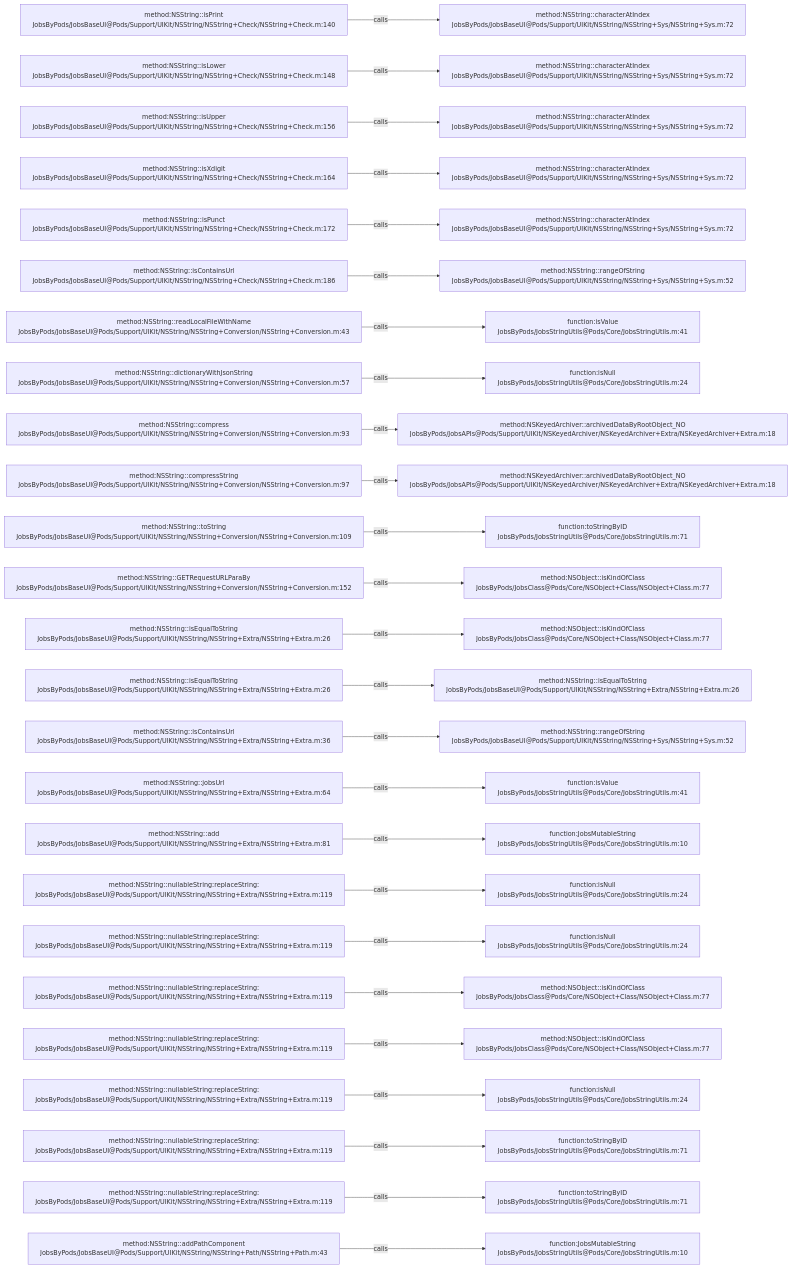
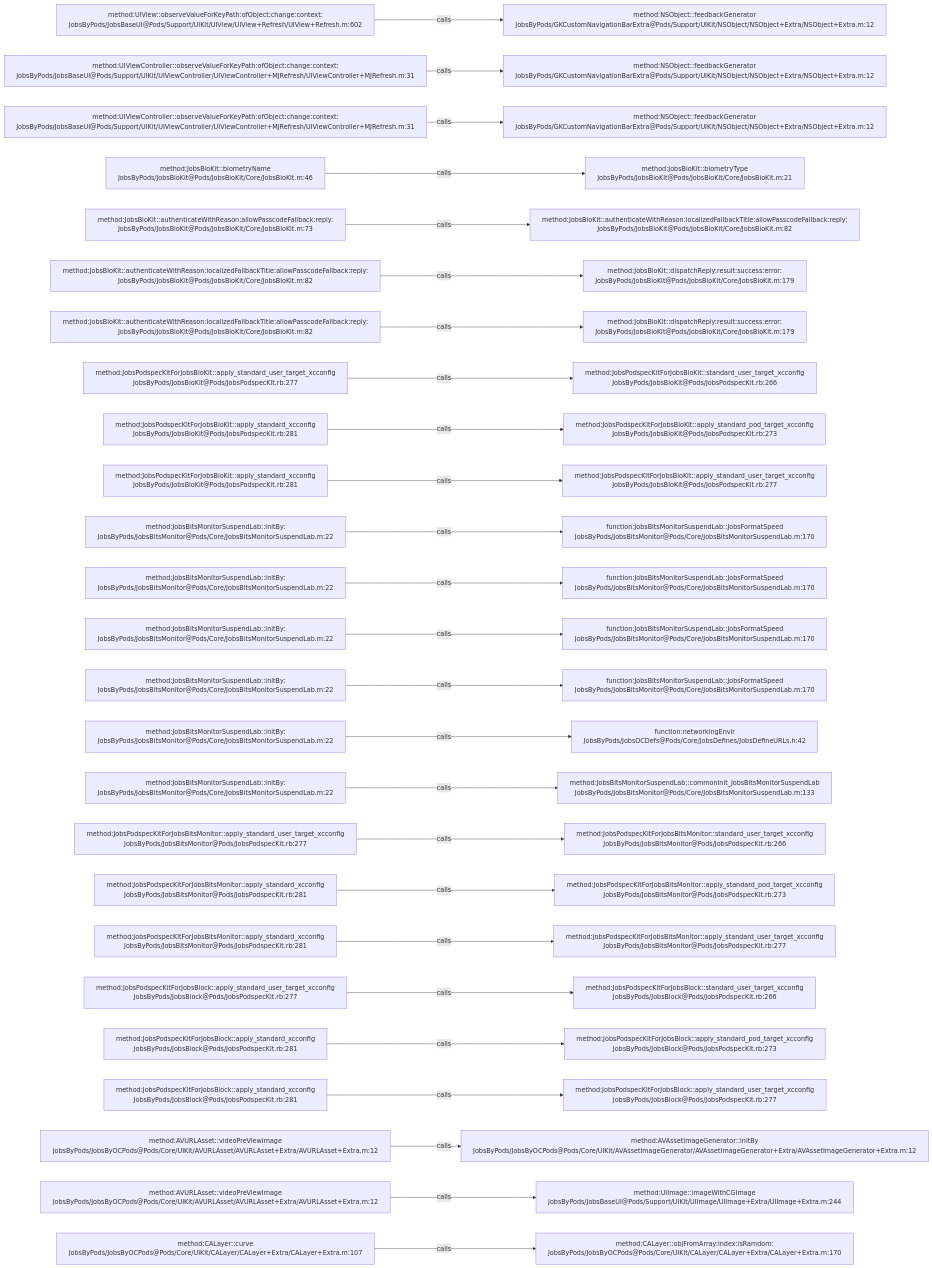
One commit to JobsKits/JobsOCBaseConfigDemo changed the diagram in .codegraph/codegraph.md/graphs/calls-051.md. Above: the diagram before and after it, drawn with Mermaid. The commit also changed 1026 other files, not shown here.

````diff
--- a/.codegraph/codegraph.md/graphs/calls-051.md
+++ b/.codegraph/codegraph.md/graphs/calls-051.md
@@ -13,78 +13,78 @@
 ```mermaid
 flowchart LR
-  S1["method:NSString::isPrint<br/>JobsByPods/JobsBaseUI@Pods/Support/UIKit/NSString/NSString+Check/NSString+Check.m:140"]
-  T1["method:NSString::characterAtIndex<br/>JobsByPods/JobsBaseUI@Pods/Support/UIKit/NSString/NSString+Sys/NSString+Sys.m:72"]
+  S1["method:UIView::observeValueForKeyPath:ofObject:change:context:<br/>JobsByPods/JobsBaseUI@Pods/Support/UIKit/UIView/UIView+Refresh/UIView+Refresh.m:602"]
+  T1["method:NSObject::feedbackGenerator<br/>JobsByPods/GKCustomNavigationBarExtra@Pods/Support/UIKit/NSObject/NSObject+Extra/NSObject+Extra.m:12"]
   S1 -->|calls| T1
-  S2["method:NSString::isLower<br/>JobsByPods/JobsBaseUI@Pods/Support/UIKit/NSString/NSString+Check/NSString+Check.m:148"]
-  T2["method:NSString::characterAtIndex<br/>JobsByPods/JobsBaseUI@Pods/Support/UIKit/NSString/NSString+Sys/NSString+Sys.m:72"]
+  S2["method:UIViewController::observeValueForKeyPath:ofObject:change:context:<br/>JobsByPods/JobsBaseUI@Pods/Support/UIKit/UIViewController/UIViewController+MJRefresh/UIViewController+MJRefresh.m:31"]
+  T2["method:NSObject::feedbackGenerator<br/>JobsByPods/GKCustomNavigationBarExtra@Pods/Support/UIKit/NSObject/NSObject+Extra/NSObject+Extra.m:12"]
   S2 -->|calls| T2
-  S3["method:NSString::isUpper<br/>JobsByPods/JobsBaseUI@Pods/Support/UIKit/NSString/NSString+Check/NSString+Check.m:156"]
-  T3["method:NSString::characterAtIndex<br/>JobsByPods/JobsBaseUI@Pods/Support/UIKit/NSString/NSString+Sys/NSString+Sys.m:72"]
+  S3["method:UIViewController::observeValueForKeyPath:ofObject:change:context:<br/>JobsByPods/JobsBaseUI@Pods/Support/UIKit/UIViewController/UIViewController+MJRefresh/UIViewController+MJRefresh.m:31"]
+  T3["method:NSObject::feedbackGenerator<br/>JobsByPods/GKCustomNavigationBarExtra@Pods/Support/UIKit/NSObject/NSObject+Extra/NSObject+Extra.m:12"]
   S3 -->|calls| T3
-  S4["method:NSString::isXdigit<br/>JobsByPods/JobsBaseUI@Pods/Support/UIKit/NSString/NSString+Check/NSString+Check.m:164"]
-  T4["method:NSString::characterAtIndex<br/>JobsByPods/JobsBaseUI@Pods/Support/UIKit/NSString/NSString+Sys/NSString+Sys.m:72"]
+  S4["method:JobsBioKit::biometryName<br/>JobsByPods/JobsBioKit@Pods/JobsBioKit/Core/JobsBioKit.m:46"]
+  T4["method:JobsBioKit::biometryType<br/>JobsByPods/JobsBioKit@Pods/JobsBioKit/Core/JobsBioKit.m:21"]
   S4 -->|calls| T4
-  S5["method:NSString::isPunct<br/>JobsByPods/JobsBaseUI@Pods/Support/UIKit/NSString/NSString+Check/NSString+Check.m:172"]
-  T5["method:NSString::characterAtIndex<br/>JobsByPods/JobsBaseUI@Pods/Support/UIKit/NSString/NSString+Sys/NSString+Sys.m:72"]
+  S5["method:JobsBioKit::authenticateWithReason:allowPasscodeFallback:reply:<br/>JobsByPods/JobsBioKit@Pods/JobsBioKit/Core/JobsBioKit.m:73"]
+  T5["method:JobsBioKit::authenticateWithReason:localizedFallbackTitle:allowPasscodeFallback:reply:<br/>JobsByPods/JobsBioKit@Pods/JobsBioKit/Core/JobsBioKit.m:82"]
   S5 -->|calls| T5
-  S6["method:NSString::isContainsUrl<br/>JobsByPods/JobsBaseUI@Pods/Support/UIKit/NSString/NSString+Check/NSString+Check.m:186"]
-  T6["method:NSString::rangeOfString<br/>JobsByPods/JobsBaseUI@Pods/Support/UIKit/NSString/NSString+Sys/NSString+Sys.m:52"]
+  S6["method:JobsBioKit::authenticateWithReason:localizedFallbackTitle:allowPasscodeFallback:reply:<br/>JobsByPods/JobsBioKit@Pods/JobsBioKit/Core/JobsBioKit.m:82"]
+  T6["method:JobsBioKit::dispatchReply:result:success:error:<br/>JobsByPods/JobsBioKit@Pods/JobsBioKit/Core/JobsBioKit.m:179"]
   S6 -->|calls| T6
-  S7["method:NSString::readLocalFileWithName<br/>JobsByPods/JobsBaseUI@Pods/Support/UIKit/NSString/NSString+Conversion/NSString+Conversion.m:43"]
-  T7["function:isValue<br/>JobsByPods/JobsStringUtils@Pods/Core/JobsStringUtils.m:41"]
+  S7["method:JobsBioKit::authenticateWithReason:localizedFallbackTitle:allowPasscodeFallback:reply:<br/>JobsByPods/JobsBioKit@Pods/JobsBioKit/Core/JobsBioKit.m:82"]
+  T7["method:JobsBioKit::dispatchReply:result:success:error:<br/>JobsByPods/JobsBioKit@Pods/JobsBioKit/Core/JobsBioKit.m:179"]
   S7 -->|calls| T7
-  S8["method:NSString::dictionaryWithJsonString<br/>JobsByPods/JobsBaseUI@Pods/Support/UIKit/NSString/NSString+Conversion/NSString+Conversion.m:57"]
-  T8["function:isNull<br/>JobsByPods/JobsStringUtils@Pods/Core/JobsStringUtils.m:24"]
+  S8["method:JobsPodspecKitForJobsBioKit::apply_standard_user_target_xcconfig<br/>JobsByPods/JobsBioKit@Pods/JobsPodspecKit.rb:277"]
+  T8["method:JobsPodspecKitForJobsBioKit::standard_user_target_xcconfig<br/>JobsByPods/JobsBioKit@Pods/JobsPodspecKit.rb:266"]
   S8 -->|calls| T8
-  S9["method:NSString::compress<br/>JobsByPods/JobsBaseUI@Pods/Support/UIKit/NSString/NSString+Conversion/NSString+Conversion.m:93"]
-  T9["method:NSKeyedArchiver::archivedDataByRootObject_NO<br/>JobsByPods/JobsAPIs@Pods/Support/UIKit/NSKeyedArchiver/NSKeyedArchiver+Extra/NSKeyedArchiver+Extra.m:18"]
+  S9["method:JobsPodspecKitForJobsBioKit::apply_standard_xcconfig<br/>JobsByPods/JobsBioKit@Pods/JobsPodspecKit.rb:281"]
+  T9["method:JobsPodspecKitForJobsBioKit::apply_standard_pod_target_xcconfig<br/>JobsByPods/JobsBioKit@Pods/JobsPodspecKit.rb:273"]
   S9 -->|calls| T9
-  S10["method:NSString::compressString<br/>JobsByPods/JobsBaseUI@Pods/Support/UIKit/NSString/NSString+Conversion/NSString+Conversion.m:97"]
-  T10["method:NSKeyedArchiver::archivedDataByRootObject_NO<br/>JobsByPods/JobsAPIs@Pods/Support/UIKit/NSKeyedArchiver/NSKeyedArchiver+Extra/NSKeyedArchiver+Extra.m:18"]
+  S10["method:JobsPodspecKitForJobsBioKit::apply_standard_xcconfig<br/>JobsByPods/JobsBioKit@Pods/JobsPodspecKit.rb:281"]
+  T10["method:JobsPodspecKitForJobsBioKit::apply_standard_user_target_xcconfig<br/>JobsByPods/JobsBioKit@Pods/JobsPodspecKit.rb:277"]
   S10 -->|calls| T10
-  S11["method:NSString::toString<br/>JobsByPods/JobsBaseUI@Pods/Support/UIKit/NSString/NSString+Conversion/NSString+Conversion.m:109"]
-  T11["function:toStringByID<br/>JobsByPods/JobsStringUtils@Pods/Core/JobsStringUtils.m:71"]
+  S11["method:JobsBitsMonitorSuspendLab::initBy:<br/>JobsByPods/JobsBitsMonitor@Pods/Core/JobsBitsMonitorSuspendLab.m:22"]
+  T11["function:JobsBitsMonitorSuspendLab::JobsFormatSpeed<br/>JobsByPods/JobsBitsMonitor@Pods/Core/JobsBitsMonitorSuspendLab.m:170"]
   S11 -->|calls| T11
-  S12["method:NSString::GETRequestURLParaBy<br/>JobsByPods/JobsBaseUI@Pods/Support/UIKit/NSString/NSString+Conversion/NSString+Conversion.m:152"]
-  T12["method:NSObject::isKindOfClass<br/>JobsByPods/JobsClass@Pods/Core/NSObject+Class/NSObject+Class.m:77"]
+  S12["method:JobsBitsMonitorSuspendLab::initBy:<br/>JobsByPods/JobsBitsMonitor@Pods/Core/JobsBitsMonitorSuspendLab.m:22"]
+  T12["function:JobsBitsMonitorSuspendLab::JobsFormatSpeed<br/>JobsByPods/JobsBitsMonitor@Pods/Core/JobsBitsMonitorSuspendLab.m:170"]
   S12 -->|calls| T12
-  S13["method:NSString::isEqualToString<br/>JobsByPods/JobsBaseUI@Pods/Support/UIKit/NSString/NSString+Extra/NSString+Extra.m:26"]
-  T13["method:NSObject::isKindOfClass<br/>JobsByPods/JobsClass@Pods/Core/NSObject+Class/NSObject+Class.m:77"]
+  S13["method:JobsBitsMonitorSuspendLab::initBy:<br/>JobsByPods/JobsBitsMonitor@Pods/Core/JobsBitsMonitorSuspendLab.m:22"]
+  T13["function:JobsBitsMonitorSuspendLab::JobsFormatSpeed<br/>JobsByPods/JobsBitsMonitor@Pods/Core/JobsBitsMonitorSuspendLab.m:170"]
   S13 -->|calls| T13
-  S14["method:NSString::isEqualToString<br/>JobsByPods/JobsBaseUI@Pods/Support/UIKit/NSString/NSString+Extra/NSString+Extra.m:26"]
-  T14["method:NSString::isEqualToString<br/>JobsByPods/JobsBaseUI@Pods/Support/UIKit/NSString/NSString+Extra/NSString+Extra.m:26"]
+  S14["method:JobsBitsMonitorSuspendLab::initBy:<br/>JobsByPods/JobsBitsMonitor@Pods/Core/JobsBitsMonitorSuspendLab.m:22"]
+  T14["function:JobsBitsMonitorSuspendLab::JobsFormatSpeed<br/>JobsByPods/JobsBitsMonitor@Pods/Core/JobsBitsMonitorSuspendLab.m:170"]
   S14 -->|calls| T14
-  S15["method:NSString::isContainsUrl<br/>JobsByPods/JobsBaseUI@Pods/Support/UIKit/NSString/NSString+Extra/NSString+Extra.m:36"]
-  T15["method:NSString::rangeOfString<br/>JobsByPods/JobsBaseUI@Pods/Support/UIKit/NSString/NSString+Sys/NSString+Sys.m:52"]
+  S15["method:JobsBitsMonitorSuspendLab::initBy:<br/>JobsByPods/JobsBitsMonitor@Pods/Core/JobsBitsMonitorSuspendLab.m:22"]
+  T15["function:networkingEnvir<br/>JobsByPods/JobsOCDefs@Pods/Core/JobsDefines/JobsDefineURLs.h:42"]
   S15 -->|calls| T15
-  S16["method:NSString::jobsUrl<br/>JobsByPods/JobsBaseUI@Pods/Support/UIKit/NSString/NSString+Extra/NSString+Extra.m:64"]
-  T16["function:isValue<br/>JobsByPods/JobsStringUtils@Pods/Core/JobsStringUtils.m:41"]
+  S16["method:JobsBitsMonitorSuspendLab::initBy:<br/>JobsByPods/JobsBitsMonitor@Pods/Core/JobsBitsMonitorSuspendLab.m:22"]
+  T16["method:JobsBitsMonitorSuspendLab::commonInit_JobsBitsMonitorSuspendLab<br/>JobsByPods/JobsBitsMonitor@Pods/Core/JobsBitsMonitorSuspendLab.m:133"]
   S16 -->|calls| T16
-  S17["method:NSString::add<br/>JobsByPods/JobsBaseUI@Pods/Support/UIKit/NSString/NSString+Extra/NSString+Extra.m:81"]
-  T17["function:JobsMutableString<br/>JobsByPods/JobsStringUtils@Pods/Core/JobsStringUtils.m:10"]
+  S17["method:JobsPodspecKitForJobsBitsMonitor::apply_standard_user_target_xcconfig<br/>JobsByPods/JobsBitsMonitor@Pods/JobsPodspecKit.rb:277"]
+  T17["method:JobsPodspecKitForJobsBitsMonitor::standard_user_target_xcconfig<br/>JobsByPods/JobsBitsMonitor@Pods/JobsPodspecKit.rb:266"]
   S17 -->|calls| T17
-  S18["method:NSString::nullableString:replaceString:<br/>JobsByPods/JobsBaseUI@Pods/Support/UIKit/NSString/NSString+Extra/NSString+Extra.m:119"]
-  T18["function:isNull<br/>JobsByPods/JobsStringUtils@Pods/Core/JobsStringUtils.m:24"]
+  S18["method:JobsPodspecKitForJobsBitsMonitor::apply_standard_xcconfig<br/>JobsByPods/JobsBitsMonitor@Pods/JobsPodspecKit.rb:281"]
+  T18["method:JobsPodspecKitForJobsBitsMonitor::apply_standard_pod_target_xcconfig<br/>JobsByPods/JobsBitsMonitor@Pods/JobsPodspecKit.rb:273"]
   S18 -->|calls| T18
-  S19["method:NSString::nullableString:replaceString:<br/>JobsByPods/JobsBaseUI@Pods/Support/UIKit/NSString/NSString+Extra/NSString+Extra.m:119"]
-  T19["function:isNull<br/>JobsByPods/JobsStringUtils@Pods/Core/JobsStringUtils.m:24"]
+  S19["method:JobsPodspecKitForJobsBitsMonitor::apply_standard_xcconfig<br/>JobsByPods/JobsBitsMonitor@Pods/JobsPodspecKit.rb:281"]
+  T19["method:JobsPodspecKitForJobsBitsMonitor::apply_standard_user_target_xcconfig<br/>JobsByPods/JobsBitsMonitor@Pods/JobsPodspecKit.rb:277"]
   S19 -->|calls| T19
-  S20["method:NSString::nullableString:replaceString:<br/>JobsByPods/JobsBaseUI@Pods/Support/UIKit/NSString/NSString+Extra/NSString+Extra.m:119"]
-  T20["method:NSObject::isKindOfClass<br/>JobsByPods/JobsClass@Pods/Core/NSObject+Class/NSObject+Class.m:77"]
+  S20["method:JobsPodspecKitForJobsBlock::apply_standard_user_target_xcconfig<br/>JobsByPods/JobsBlock@Pods/JobsPodspecKit.rb:277"]
+  T20["method:JobsPodspecKitForJobsBlock::standard_user_target_xcconfig<br/>JobsByPods/JobsBlock@Pods/JobsPodspecKit.rb:266"]
   S20 -->|calls| T20
-  S21["method:NSString::nullableString:replaceString:<br/>JobsByPods/JobsBaseUI@Pods/Support/UIKit/NSString/NSString+Extra/NSString+Extra.m:119"]
-  T21["method:NSObject::isKindOfClass<br/>JobsByPods/JobsClass@Pods/Core/NSObject+Class/NSObject+Class.m:77"]
+  S21["method:JobsPodspecKitForJobsBlock::apply_standard_xcconfig<br/>JobsByPods/JobsBlock@Pods/JobsPodspecKit.rb:281"]
+  T21["method:JobsPodspecKitForJobsBlock::apply_standard_pod_target_xcconfig<br/>JobsByPods/JobsBlock@Pods/JobsPodspecKit.rb:273"]
   S21 -->|calls| T21
-  S22["method:NSString::nullableString:replaceString:<br/>JobsByPods/JobsBaseUI@Pods/Support/UIKit/NSString/NSString+Extra/NSString+Extra.m:119"]
-  T22["function:isNull<br/>JobsByPods/JobsStringUtils@Pods/Core/JobsStringUtils.m:24"]
+  S22["method:JobsPodspecKitForJobsBlock::apply_standard_xcconfig<br/>JobsByPods/JobsBlock@Pods/JobsPodspecKit.rb:281"]
+  T22["method:JobsPodspecKitForJobsBlock::apply_standard_user_target_xcconfig<br/>JobsByPods/JobsBlock@Pods/JobsPodspecKit.rb:277"]
   S22 -->|calls| T22
-  S23["method:NSString::nullableString:replaceString:<br/>JobsByPods/JobsBaseUI@Pods/Support/UIKit/NSString/NSString+Extra/NSString+Extra.m:119"]
-  T23["function:toStringByID<br/>JobsByPods/JobsStringUtils@Pods/Core/JobsStringUtils.m:71"]
+  S23["method:AVURLAsset::videoPreViewImage<br/>JobsByPods/JobsByOCPods@Pods/Core/UIKit/AVURLAsset/AVURLAsset+Extra/AVURLAsset+Extra.m:12"]
+  T23["method:AVAssetImageGenerator::initBy<br/>JobsByPods/JobsByOCPods@Pods/Core/UIKit/AVAssetImageGenerator/AVAssetImageGenerator+Extra/AVAssetImageGenerator+Extra.m:12"]
   S23 -->|calls| T23
-  S24["method:NSString::nullableString:replaceString:<br/>JobsByPods/JobsBaseUI@Pods/Support/UIKit/NSString/NSString+Extra/NSString+Extra.m:119"]
-  T24["function:toStringByID<br/>JobsByPods/JobsStringUtils@Pods/Core/JobsStringUtils.m:71"]
+  S24["method:AVURLAsset::videoPreViewImage<br/>JobsByPods/JobsByOCPods@Pods/Core/UIKit/AVURLAsset/AVURLAsset+Extra/AVURLAsset+Extra.m:12"]
+  T24["method:UIImage::imageWithCGImage<br/>JobsByPods/JobsBaseUI@Pods/Support/UIKit/UIImage/UIImage+Extra/UIImage+Extra.m:244"]
   S24 -->|calls| T24
-  S25["method:NSString::addPathComponent<br/>JobsByPods/JobsBaseUI@Pods/Support/UIKit/NSString/NSString+Path/NSString+Path.m:43"]
-  T25["function:JobsMutableString<br/>JobsByPods/JobsStringUtils@Pods/Core/JobsStringUtils.m:10"]
+  S25["method:CALayer::curve<br/>JobsByPods/JobsByOCPods@Pods/Core/UIKit/CALayer/CALayer+Extra/CALayer+Extra.m:107"]
+  T25["method:CALayer::objFromArray:index:isRamdom:<br/>JobsByPods/JobsByOCPods@Pods/Core/UIKit/CALayer/CALayer+Extra/CALayer+Extra.m:170"]
   S25 -->|calls| T25
 ```
````
